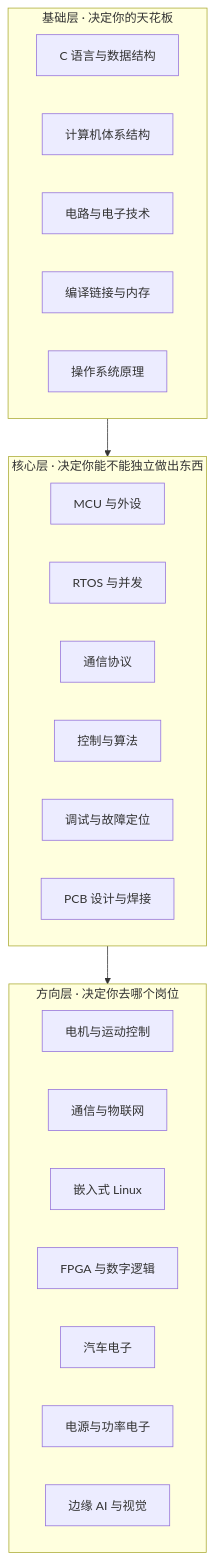
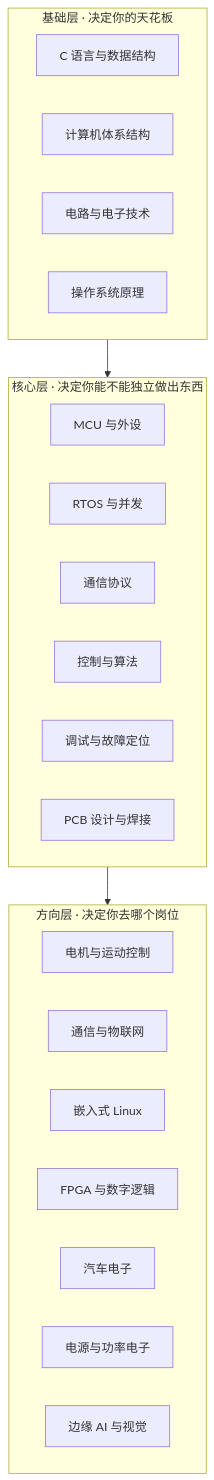
One commit to vow0328/embedded-learning-guide changed the diagram in docs/00-导读/01-嵌入式岗位图谱.md. Above: the diagram before and after it, drawn with Mermaid. The commit also changed other lines of this file and 76 other files, not shown here.

````diff
--- a/docs/00-导读/01-嵌入式岗位图谱.md
+++ b/docs/00-导读/01-嵌入式岗位图谱.md
@@ -22,28 +25,27 @@
 ```mermaid
 flowchart TD
     subgraph L3["方向层 · 决定你去哪个岗位"]
         D1[电机与运动控制]
         D2[通信与物联网]
         D3[嵌入式 Linux]
         D4[FPGA 与数字逻辑]
         D5[汽车电子]
         D6[电源与功率电子]
         D7[边缘 AI 与视觉]
     end
     subgraph L2["核心层 · 决定你能不能独立做出东西"]
         C1[MCU 与外设]
         C2[RTOS 与并发]
         C3[通信协议]
         C4[控制与算法]
         C5[调试与故障定位]
         C6[PCB 设计与焊接]
     end
     subgraph L1["基础层 · 决定你的天花板"]
         B1[C 语言与数据结构]
         B2[计算机体系结构]
         B3[电路与电子技术]
-        B4[编译链接与内存]
-        B5[操作系统原理]
+        B4[操作系统原理]
     end
     L1 --> L2 --> L3
 ```
````
